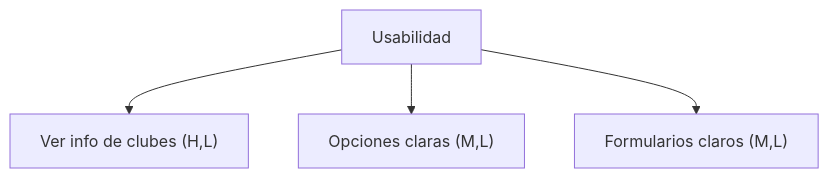
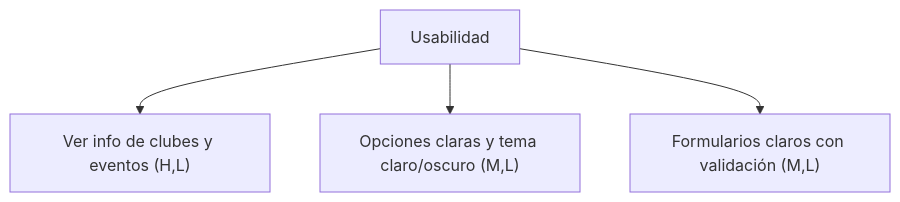
Before and after one commit to ISCOUTB/AS_202620_Clubs_UTB: the first of 4 diagrams in docs/arc42/10_requisitos_de_calidad.md, drawn with Mermaid. The commit also changed other lines of this file and 42 other files, not shown here.

````diff
--- a/docs/arc42/10_requisitos_de_calidad.md
+++ b/docs/arc42/10_requisitos_de_calidad.md
@@ -35,6 +19,6 @@
 ```mermaid
 graph TD
-    U[Usabilidad] --> U1["Ver info de clubes (H,L)"]
-    U --> U2["Opciones claras (M,L)"]
-    U --> U3["Formularios claros (M,L)"]
+    U[Usabilidad] --> U1["Ver info de clubes y eventos (H,L)"]
+    U --> U2["Opciones claras y tema claro/oscuro (M,L)"]
+    U --> U3["Formularios claros con validación (M,L)"]
 ```
````
